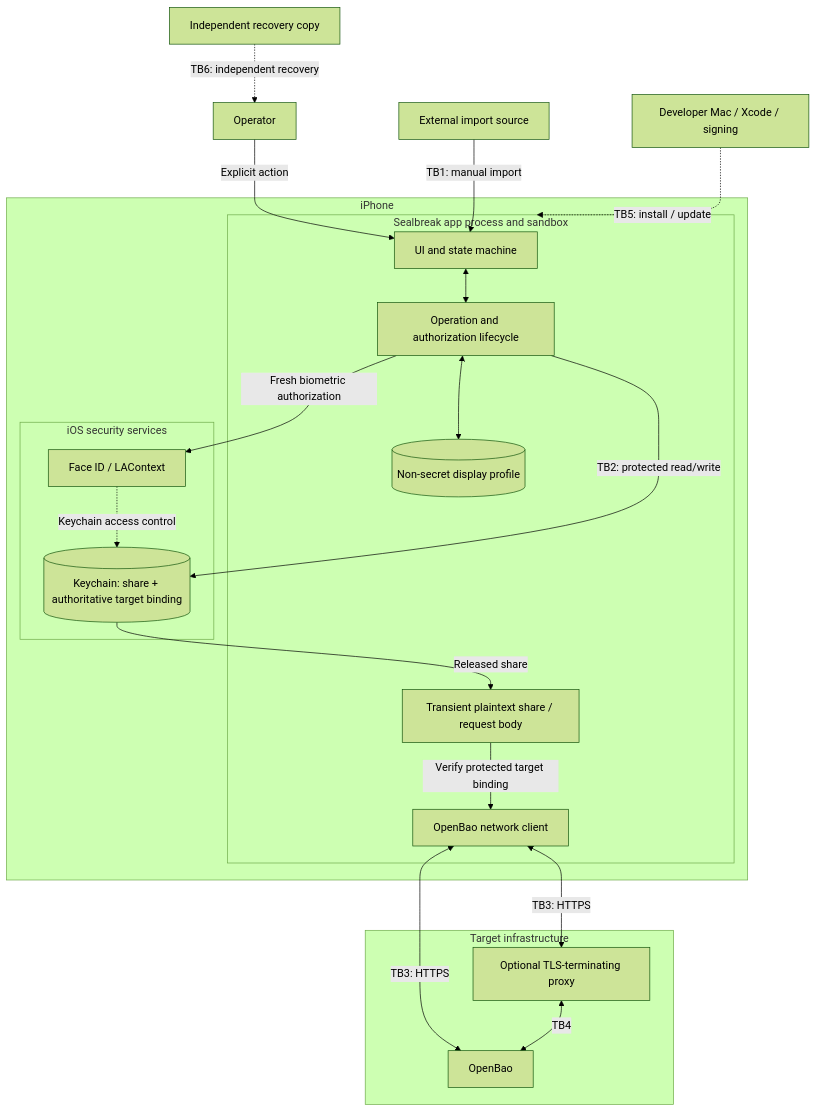
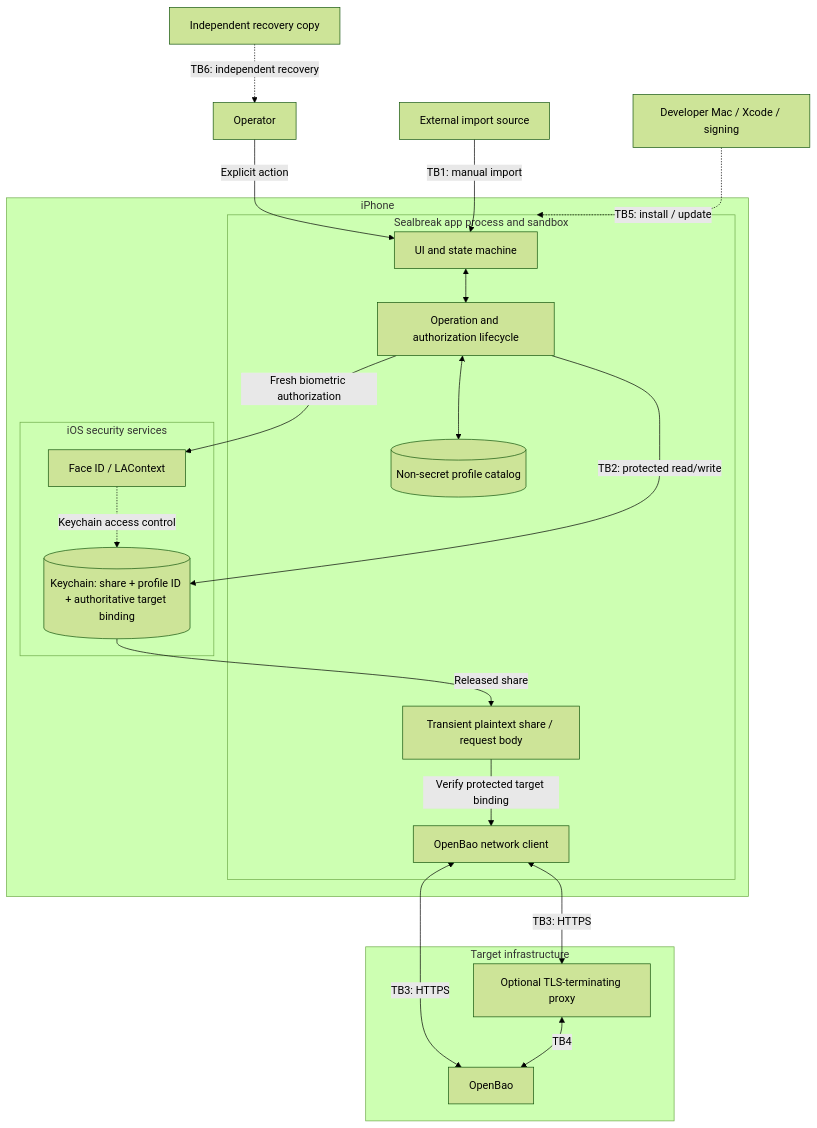
One commit to GeorgesAlkhouri/sealbreak changed the first of 2 diagrams in THREAT_MODEL.md. Above: the diagram before and after it, drawn with Mermaid (forest theme). The commit also changed other lines of this file and 20 other files, not shown here.

````diff
--- a/THREAT_MODEL.md
+++ b/THREAT_MODEL.md
@@ -58,45 +58,45 @@
 ```mermaid
 flowchart TB
     OP["Operator"]
     IMPORT["External import source"]
     REC["Independent recovery copy"]
     BUILD["Developer Mac / Xcode / signing"]
 
     subgraph PHONE["iPhone"]
         subgraph APP["Sealbreak app process and sandbox"]
             UI["UI and state machine"]
             MODEL["Operation and authorization lifecycle"]
-            DISPLAY[("Non-secret display profile")]
+            DISPLAY[("Non-secret profile catalog")]
             MEM["Transient plaintext share / request body"]
             NET["OpenBao network client"]
         end
 
         subgraph IOS["iOS security services"]
             AUTH["Face ID / LAContext"]
-            KC[("Keychain: share + authoritative target binding")]
+            KC[("Keychain: share + profile ID + authoritative target binding")]
         end
     end
 
     subgraph TARGET["Target infrastructure"]
         PROXY["Optional TLS-terminating proxy"]
         BAO["OpenBao"]
     end
 
     OP -->|"Explicit action"| UI
     IMPORT -->|"TB1: manual import"| UI
     BUILD -.->|"TB5: install / update"| APP
 
     UI <--> MODEL
     MODEL <--> DISPLAY
     MODEL -->|"Fresh biometric authorization"| AUTH
     AUTH -.->|"Keychain access control"| KC
     MODEL -->|"TB2: protected read/write"| KC
     KC -->|"Released share"| MEM
     MEM -->|"Verify protected target binding"| NET
 
     NET <-->|"TB3: HTTPS"| BAO
     NET <-->|"TB3: HTTPS"| PROXY
     PROXY <-->|"TB4"| BAO
 
     REC -.->|"TB6: independent recovery"| OP
 ```
````
